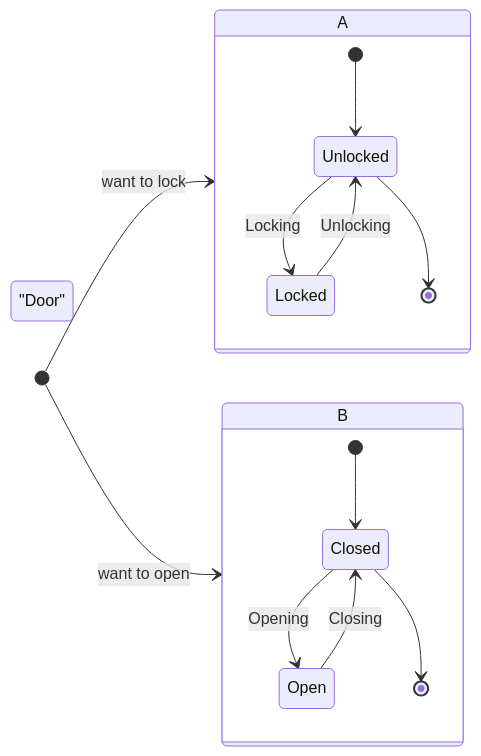
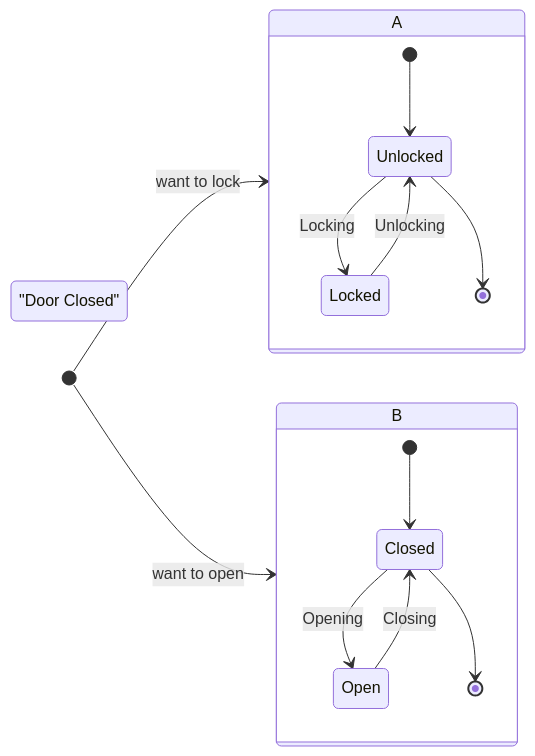
One commit to fletchjp/StateMachine changed the seventh of 7 diagrams in README.md. Above: the diagram before and after it, drawn with Mermaid.

Commit message:
Update README.md
Change name

````diff
--- a/README.md
+++ b/README.md
@@ -84,19 +84,19 @@
 ```mermaid
    stateDiagram-v2
    direction LR
-   state: "Door"
+   state: "Door Closed"
    [*] --> A : want to lock
    state A {
    [*] --> Unlocked
    Unlocked --> Locked : Locking
    Locked --> Unlocked : Unlocking
    Unlocked --> [*]
    }
    [*] --> B : want to open
    state B {
    [*] --> Closed
    Closed --> Open : Opening
    Open --> Closed : Closing
    Closed --> [*]
    }
 ```
````
